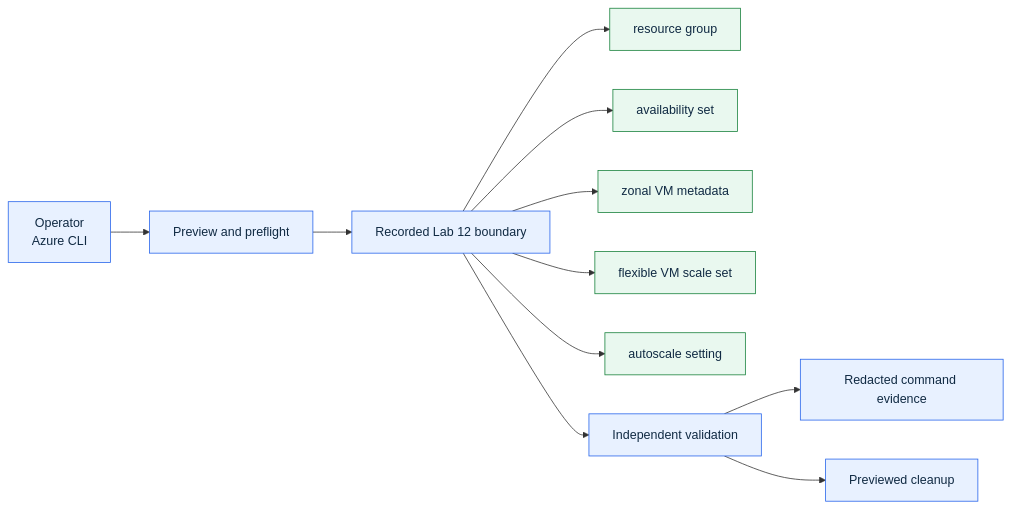
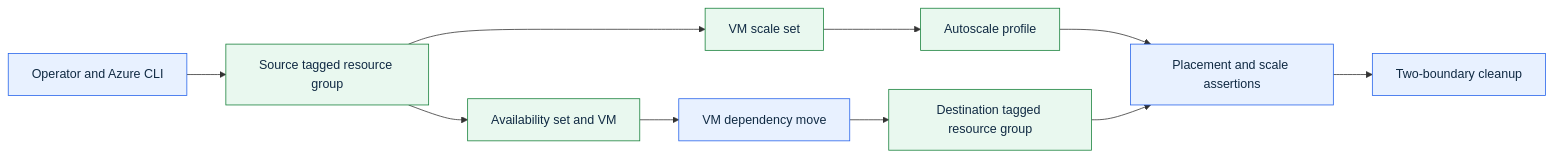
Before and after one commit to amineMehdi/az104-azure-administrator-labs: the diagram in labs/12-vm-resilience-scale-mobility/diagrams/architecture.mmd, drawn with Mermaid. The commit also changed 497 other files, not shown here.

```diff
--- a/labs/12-vm-resilience-scale-mobility/diagrams/architecture.mmd
+++ b/labs/12-vm-resilience-scale-mobility/diagrams/architecture.mmd
@@ -1,15 +1,14 @@
 flowchart LR
-    A["Operator<br/>Azure CLI"] --> P["Preview and preflight"]
-    P --> S["Recorded Lab 12 boundary"]
-    S --> R1["resource group"]
-    S --> R2["availability set"]
-    S --> R3["zonal VM metadata"]
-    S --> R4["flexible VM scale set"]
-    S --> R5["autoscale setting"]
-    S --> V["Independent validation"]
-    V --> E["Redacted command evidence"]
-    V --> C["Previewed cleanup"]
+    A["Operator and Azure CLI"] --> S["Source tagged resource group"]
+    S --> AV["Availability set and VM"]
+    S --> SS["VM scale set"]
+    SS --> AS["Autoscale profile"]
+    AV --> M["VM dependency move"]
+    M --> T["Destination tagged resource group"]
+    AS --> V["Placement and scale assertions"]
+    T --> V
+    V --> C["Two-boundary cleanup"]
     classDef control fill:#e8f1ff,stroke:#2563eb,color:#102a43;
     classDef resource fill:#e9f8ef,stroke:#16803a,color:#102a43;
-    class A,P,S,V,E,C control;
-    class R1,R2,R3,R4,R5 resource;
+    class A,M,V,C control;
+    class S,AV,SS,AS,T resource;
```
